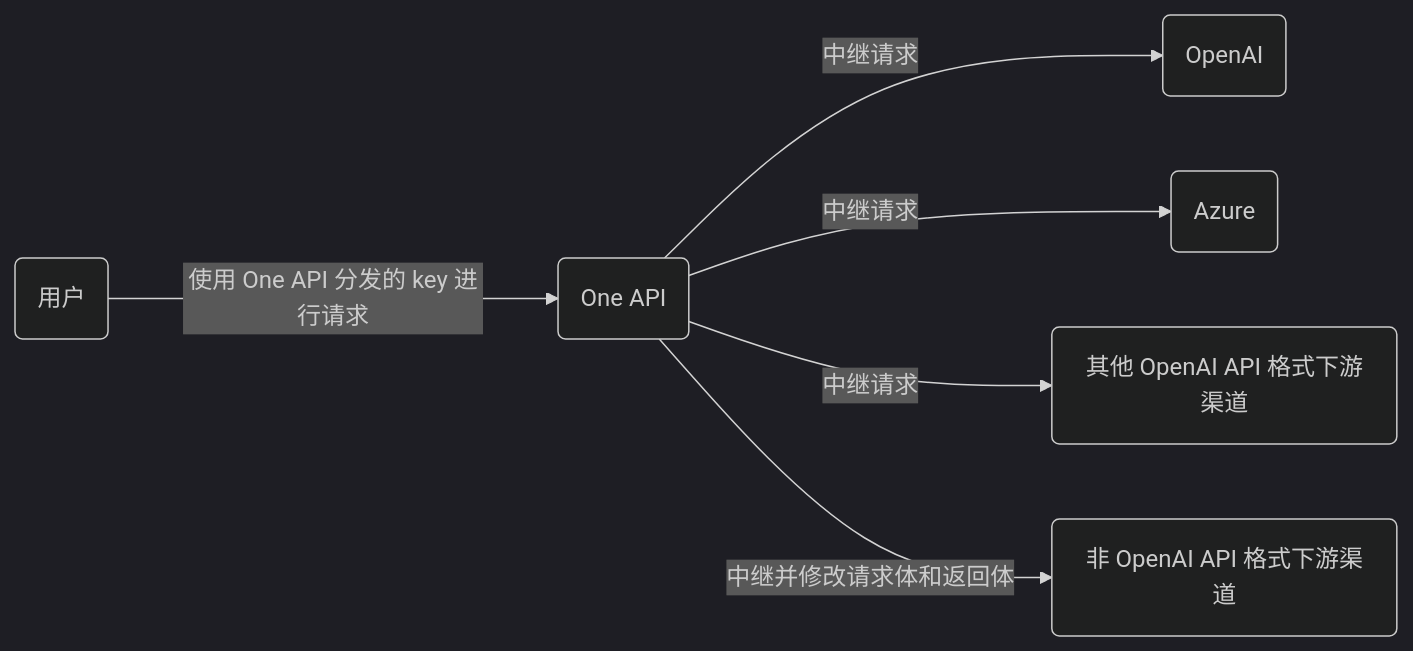
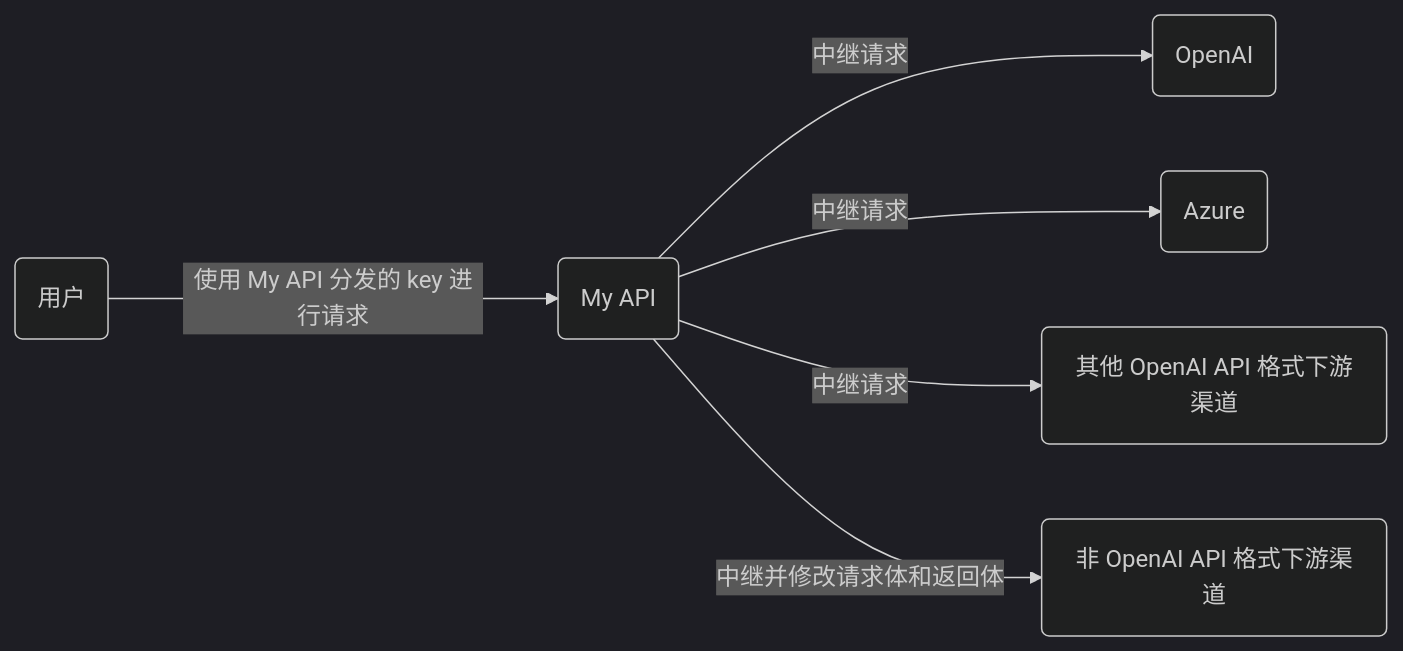
One commit to pai801/myapi changed the diagram in README.md. Above: the diagram before and after it, drawn with Mermaid (dark theme). The commit also changed other lines of this file and 176 other files, not shown here.

````diff
--- a/README.md
+++ b/README.md
@@ -329,9 +218,9 @@
 ```mermaid
 graph LR
     A(用户)
-    A --->|使用 One API 分发的 key 进行请求| B(One API)
+    A --->|使用 My API 分发的 key 进行请求| B(My API)
     B -->|中继请求| C(OpenAI)
     B -->|中继请求| D(Azure)
     B -->|中继请求| E(其他 OpenAI API 格式下游渠道)
     B -->|中继并修改请求体和返回体| F(非 OpenAI API 格式下游渠道)
 ```
````
